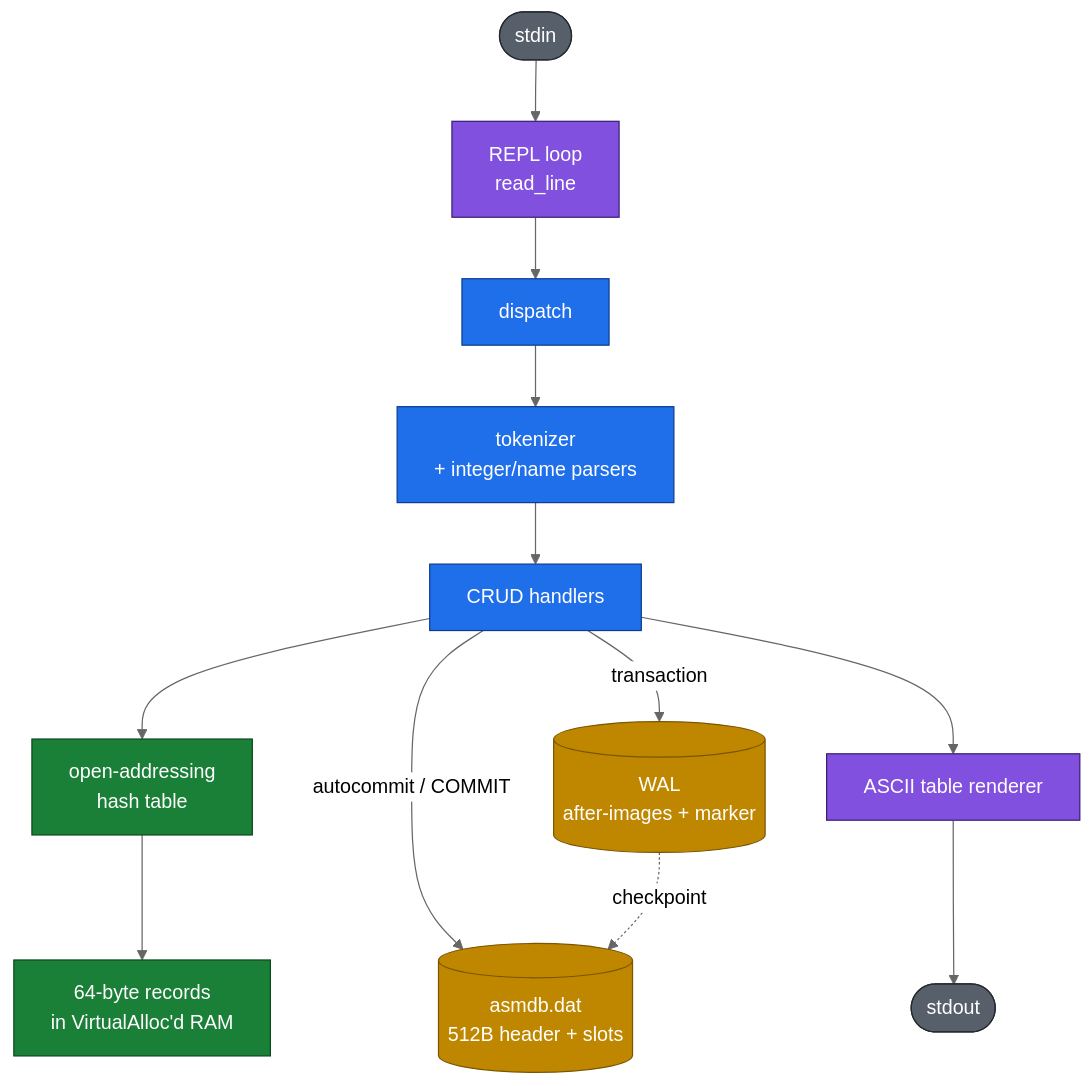
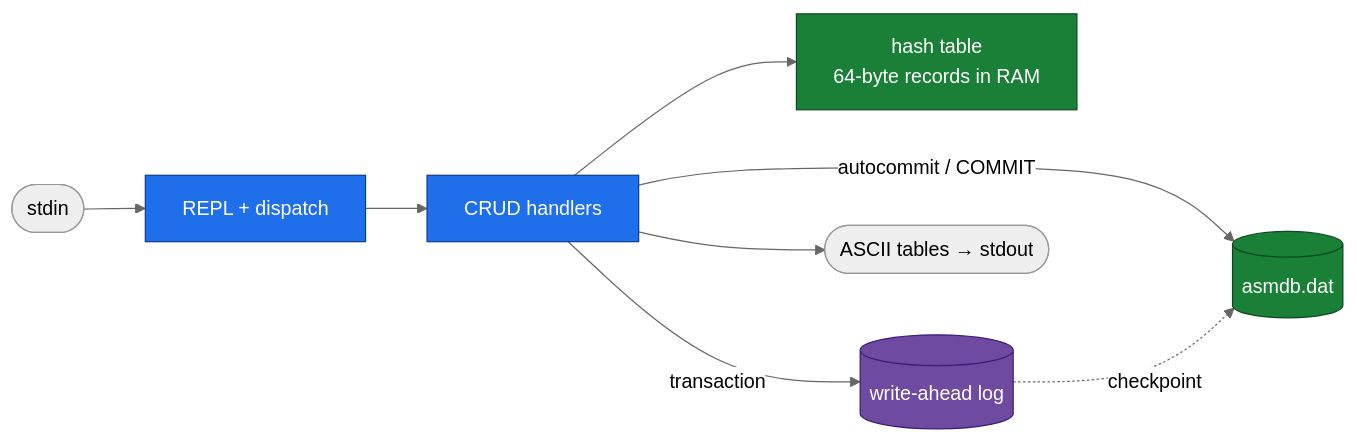
Before and after one commit to fredgis/asmDB: the diagram in README.md, drawn with Mermaid (neutral theme). The commit also changed other lines of this file and 14 other files, not shown here.

````diff
--- a/README.md
+++ b/README.md
@@ -49,25 +97,17 @@
 ```mermaid
-flowchart TD
-    STDIN([stdin]) --> REPL[REPL loop<br/>read_line]
-    REPL --> DISP[dispatch]
-    DISP --> PARSE[tokenizer<br/>+ integer/name parsers]
-    PARSE --> CMD[CRUD handlers]
-    CMD --> HASH[open-addressing<br/>hash table]
-    HASH --> REC[64-byte records<br/>in VirtualAlloc'd RAM]
-    CMD -->|autocommit / COMMIT| DAT[(asmdb.dat<br/>512B header + slots)]
-    CMD -->|transaction| WAL[(WAL<br/>after-images + marker)]
+flowchart LR
+    IN([stdin]) --> REPL[REPL + dispatch]
+    REPL --> CRUD[CRUD handlers]
+    CRUD --> HASH[hash table<br/>64-byte records in RAM]
+    CRUD -->|autocommit / COMMIT| DAT[(asmdb.dat)]
+    CRUD -->|transaction| WAL[(write-ahead log)]
     WAL -. checkpoint .-> DAT
-    CMD --> TBL[ASCII table renderer]
-    TBL --> STDOUT([stdout])
+    CRUD --> OUT([ASCII tables → stdout])
 
-    classDef cli fill:#8250df,stroke:#3b1e75,color:#fff
-    classDef eng fill:#1f6feb,stroke:#0b3d91,color:#fff
-    classDef sto fill:#1a7f37,stroke:#0b4a20,color:#fff
-    classDef dur fill:#bf8700,stroke:#7a5600,color:#fff
-    classDef io  fill:#57606a,stroke:#24292f,color:#fff
-    class REPL,TBL cli
-    class DISP,PARSE,CMD eng
-    class HASH,REC sto
-    class DAT,WAL dur
-    class STDIN,STDOUT io
+    classDef a fill:#1f6feb,stroke:#0b3d91,color:#fff
+    classDef b fill:#1a7f37,stroke:#0b4a20,color:#fff
+    classDef c fill:#6e4aa0,stroke:#3b1e75,color:#fff
+    class REPL,CRUD a
+    class HASH,DAT b
+    class WAL c
 ```
````
